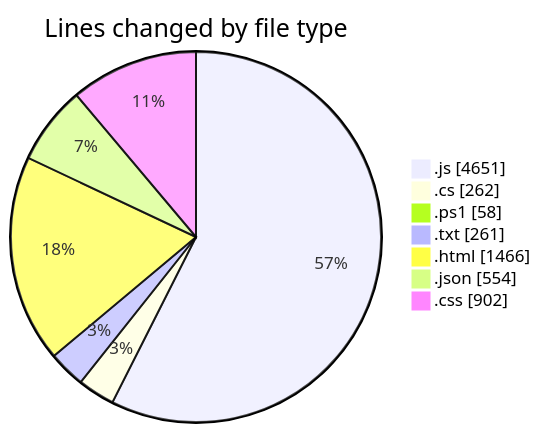
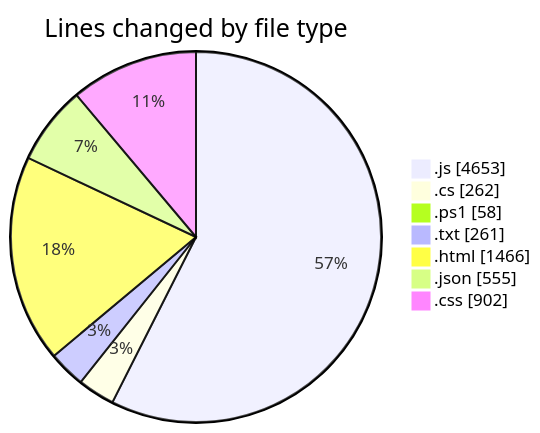
Before and after one commit to becaeroporto-bot/code-tracking: the first of 2 diagrams in 2026-02-17/bot_v1_2/README.md, drawn with Mermaid. The commit also changed other lines of this file and 1 other file, not shown here.

````diff
--- a/2026-02-17/bot_v1_2/README.md
+++ b/2026-02-17/bot_v1_2/README.md
@@ -40,11 +40,11 @@
 ```mermaid
 pie showData
 title Lines changed by file type
-".js" : 4651
+".js" : 4653
 ".cs" : 262
 ".ps1" : 58
 ".txt" : 261
 ".html" : 1466
-".json" : 554
+".json" : 555
 ".css" : 902
 ```
````
